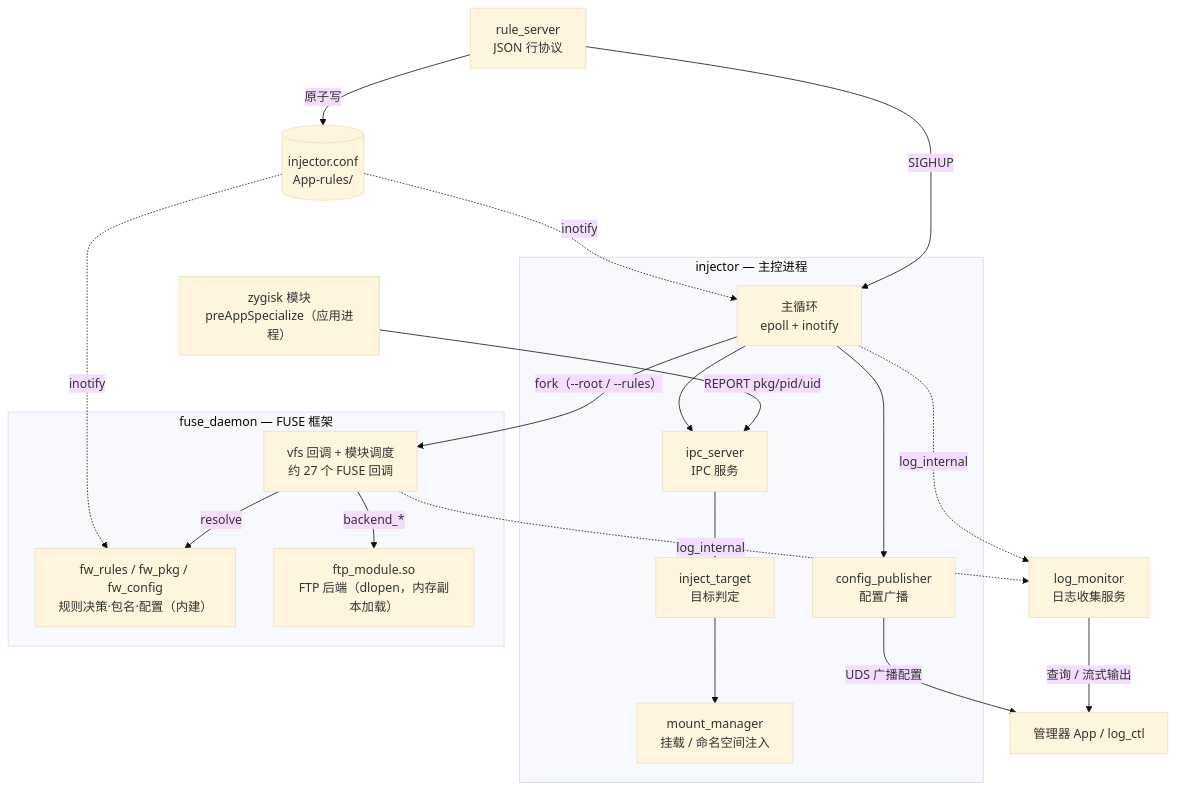
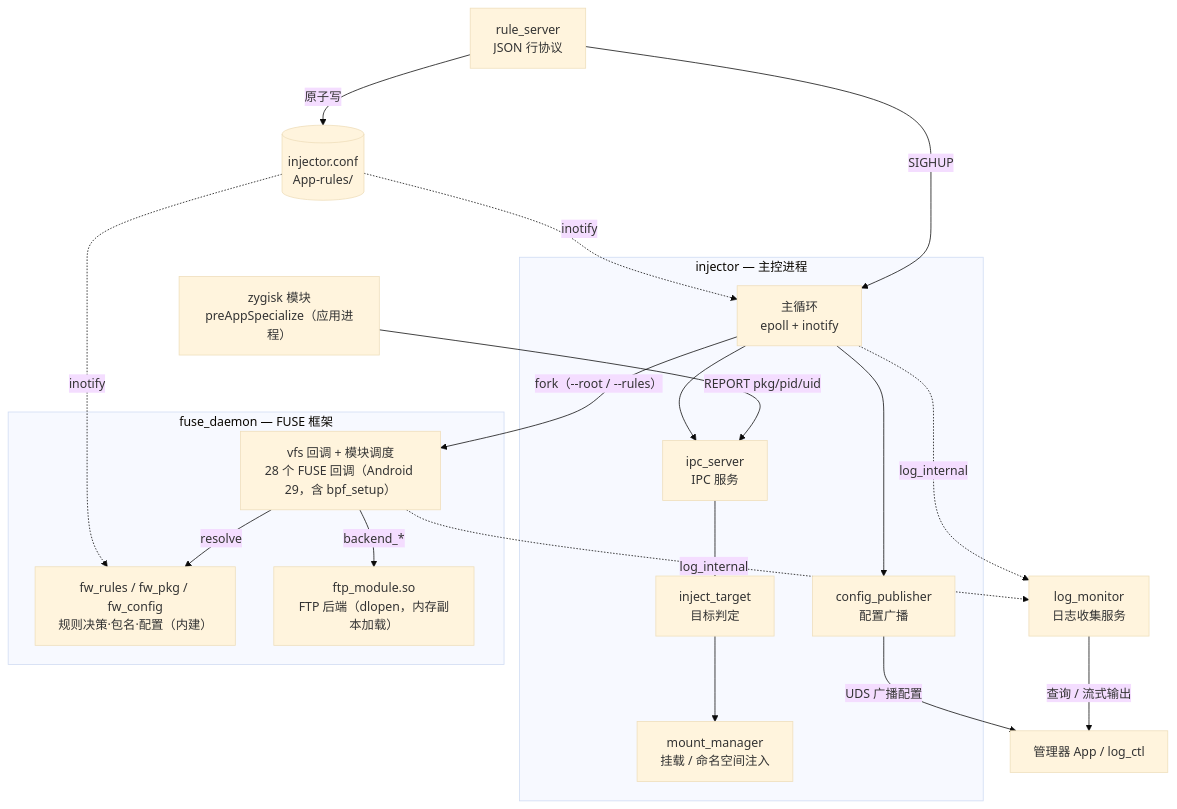
One commit to huniangitb/Fuse-Proxy changed the diagram in docs/architecture.md. Above: the diagram before and after it, drawn with Mermaid (base theme). The commit also changed other lines of this file and 9 other files, not shown here.

````diff
--- a/docs/architecture.md
+++ b/docs/architecture.md
@@ -18,38 +18,38 @@
 ```mermaid
 flowchart TB
     zy["zygisk 模块<br/>preAppSpecialize（应用进程）"]
     conf[("injector.conf<br/>App-rules/")]
     rs["rule_server<br/>JSON 行协议"]
     mgr["管理器 App / log_ctl"]
     lm["log_monitor<br/>日志收集服务"]
 
     subgraph inj["injector — 主控进程"]
         core["主循环<br/>epoll + inotify"]
         ipc["ipc_server<br/>IPC 服务"]
         it["inject_target<br/>目标判定"]
         mm["mount_manager<br/>挂载 / 命名空间注入"]
         cp["config_publisher<br/>配置广播"]
     end
 
     subgraph fd["fuse_daemon — FUSE 框架"]
-        vfs["vfs 回调 + 模块调度<br/>约 27 个 FUSE 回调"]
+        vfs["vfs 回调 + 模块调度<br/>28 个 FUSE 回调（Android 29，含 bpf_setup）"]
         br["fw_rules / fw_pkg / fw_config<br/>规则决策·包名·配置（内建）"]
         ftp["ftp_module.so<br/>FTP 后端（dlopen，内存副本加载）"]
     end
 
     zy -->|"REPORT pkg/pid/uid"| ipc
     core --> ipc
     core --> cp
     ipc --> it --> mm
     core -->|"fork（--root / --rules）"| vfs
     vfs -->|"resolve"| br
     vfs -->|"backend_*"| ftp
     rs -->|"原子写"| conf
     rs -->|"SIGHUP"| core
     conf -.->|"inotify"| core
     conf -.->|"inotify"| br
     cp -->|"UDS 广播配置"| mgr
     core -.->|"log_internal"| lm
     vfs -.->|"log_internal"| lm
     lm -->|"查询 / 流式输出"| mgr
 ```
````
